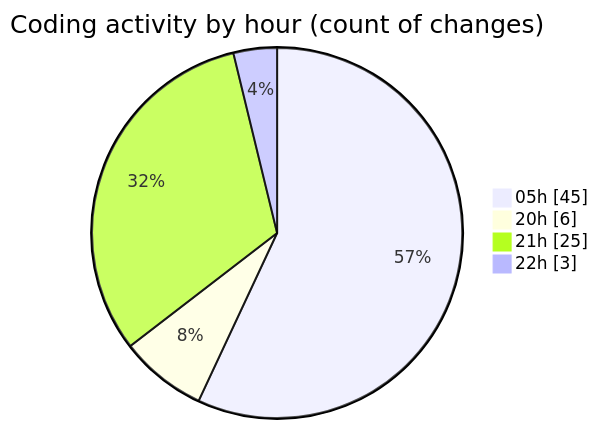
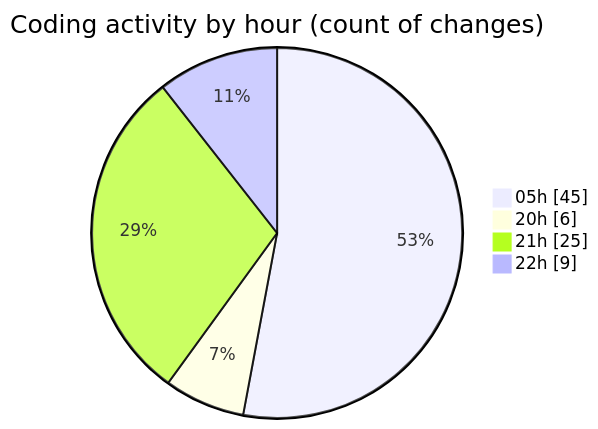
One commit to lephambinh05/code-tracking changed the second of 2 diagrams in 2025-08-05/napxuvn/README.md. Above: the diagram before and after it, drawn with Mermaid. The commit also changed other lines of this file and 1 other file, not shown here.

````diff
--- a/2025-08-05/napxuvn/README.md
+++ b/2025-08-05/napxuvn/README.md
@@ -72,8 +75,8 @@
 ```mermaid
 pie showData
 title Coding activity by hour (count of changes)
 "05h" : 45
 "20h" : 6
 "21h" : 25
-"22h" : 3
+"22h" : 9
 ```
````
